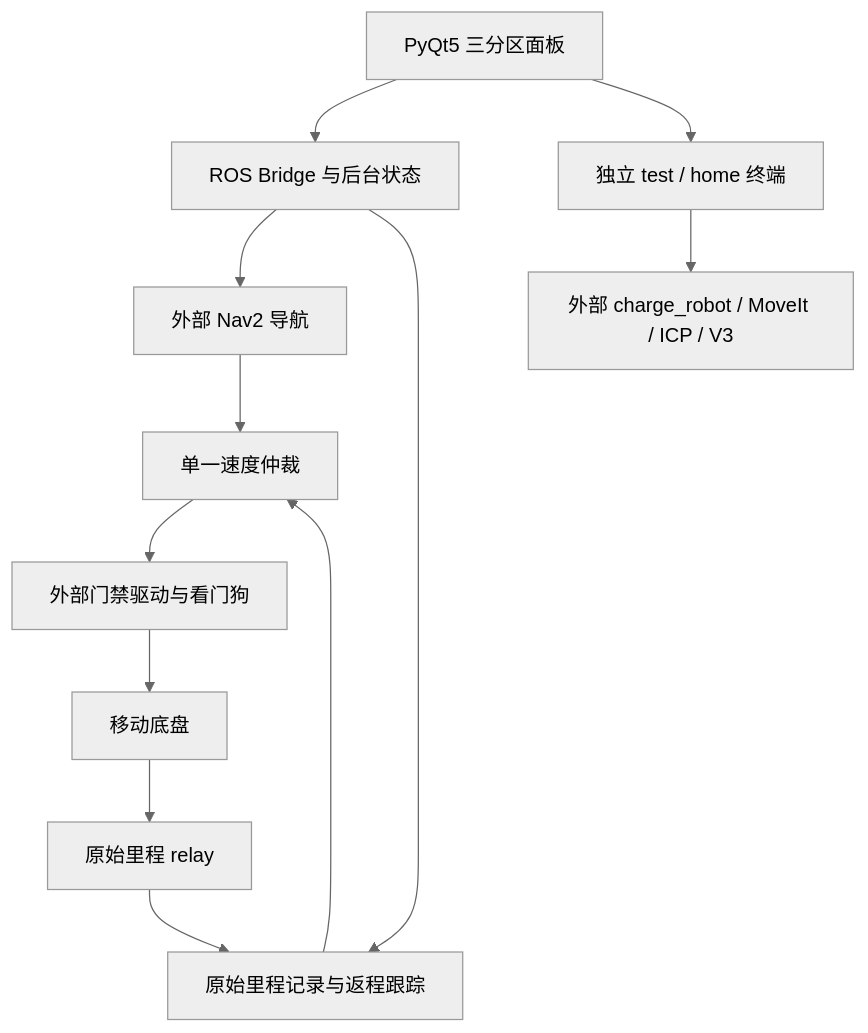
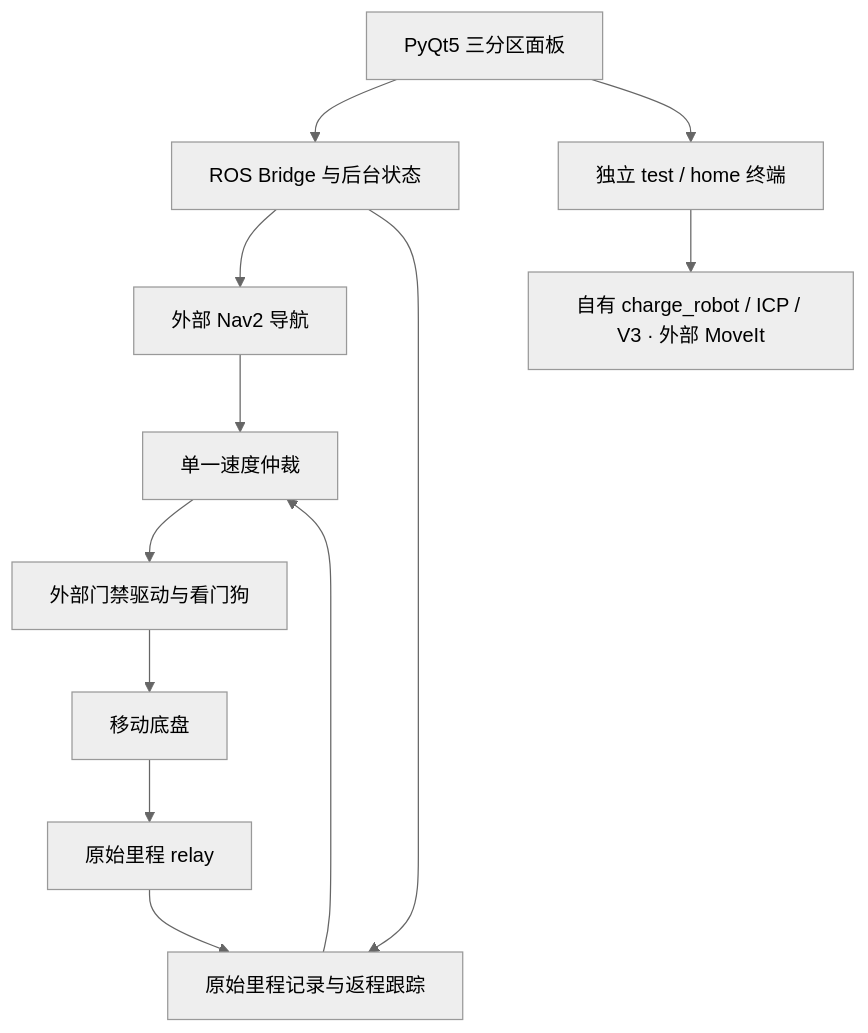
One commit to Pvpproof/autonomous-charging-robot changed the second of 3 diagrams in README.md. Above: the diagram before and after it, drawn with Mermaid (neutral theme). The commit also changed other lines of this file and 73 other files, not shown here.

````diff
--- a/README.md
+++ b/README.md
@@ -29,14 +33,14 @@
 ```mermaid
 flowchart TB
   UI[PyQt5 三分区面板] --> BR[ROS Bridge 与后台状态]
   BR --> NAV[外部 Nav2 导航]
   BR --> REC[原始里程记录与返程跟踪]
   NAV --> ARB[单一速度仲裁]
   REC --> ARB
   ARB --> DRIVER[外部门禁驱动与看门狗]
   DRIVER --> BASE[移动底盘]
   BASE --> RELAY[原始里程 relay]
   RELAY --> REC
   UI --> TERM[独立 test / home 终端]
-  TERM --> ARM[外部 charge_robot / MoveIt / ICP / V3]
+  TERM --> ARM[自有 charge_robot / ICP / V3 · 外部 MoveIt]
 ```
````
